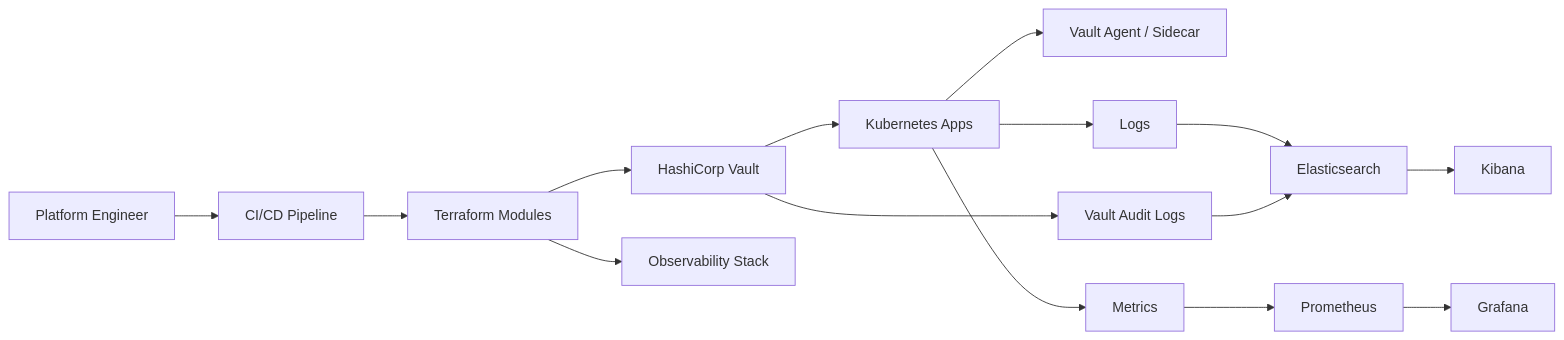
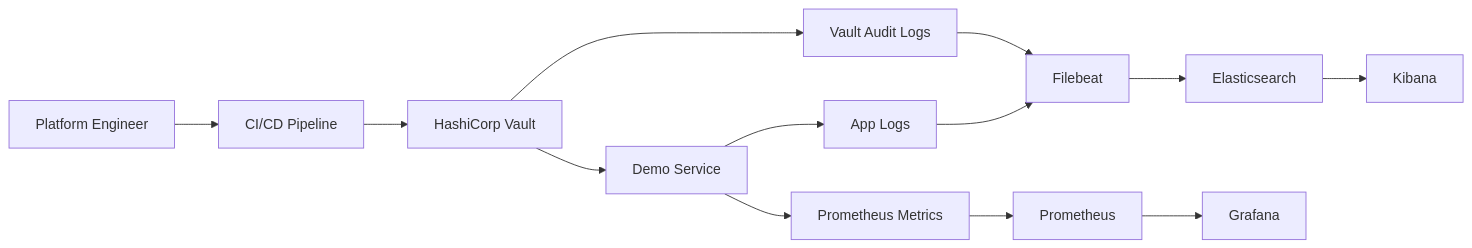
Before and after one commit to MirceaStefanescu/Portofolio: the diagram in Secure Secrets Management & Observability Toolkit/README.md, drawn with Mermaid. The commit also changed other lines of this file and 34 other files, not shown here.

````diff
--- a/Secure Secrets Management & Observability Toolkit/README.md
+++ b/Secure Secrets Management & Observability Toolkit/README.md
@@ -41,17 +67,15 @@
 ```mermaid
 flowchart LR
   Dev[Platform Engineer] --> CI[CI/CD Pipeline]
-  CI --> TF[Terraform Modules]
-  TF --> Vault[HashiCorp Vault]
-  TF --> Obs[Observability Stack]
-  Vault --> K8s[Kubernetes Apps]
-  K8s --> VaultAgent[Vault Agent / Sidecar]
-  K8s --> Logs[Logs]
-  K8s --> Metrics[Metrics]
-  Logs --> Elastic[Elasticsearch]
+  CI --> Vault[HashiCorp Vault]
+  Vault --> App[Demo Service]
+  App --> Logs[App Logs]
+  App --> Metrics[Prometheus Metrics]
+  Vault --> Audit[Vault Audit Logs]
+  Logs --> Filebeat[Filebeat]
+  Audit --> Filebeat
+  Filebeat --> Elastic[Elasticsearch]
   Elastic --> Kibana[Kibana]
   Metrics --> Prom[Prometheus]
   Prom --> Grafana[Grafana]
-  Vault --> Audit[Vault Audit Logs]
-  Audit --> Elastic
 ```
````
